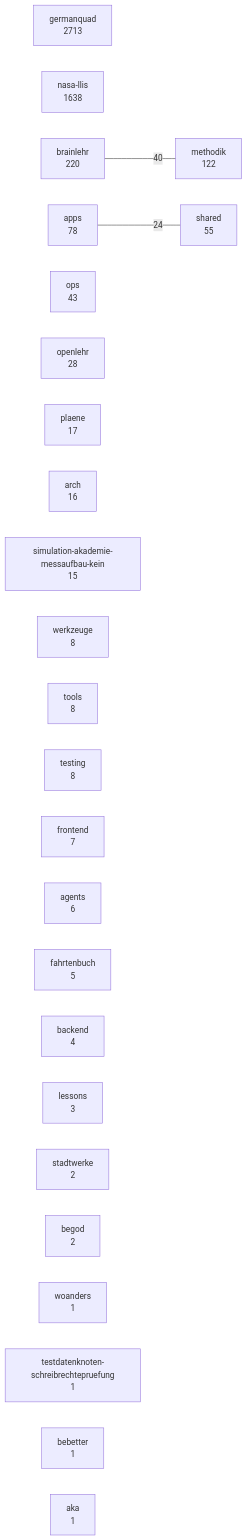
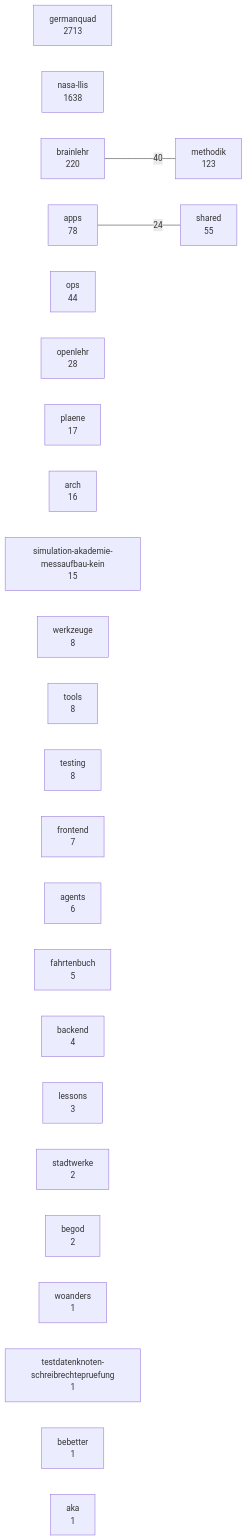
The diagram in docs/karten/bestand.md (3lehr/brainlehr), drawn with Mermaid before and after one commit. The commit also changed 1 other file, not shown here.

Commit message:
chore(karten): Bestandskarte nachgezogen -- der Waechter hat den Push gestoppt
Die heute angelegten Wissensknoten (66 Dokumentverweise, dazu die Befunde zu
Landkarten und Ablauf) aendern die Astgroessen in der Bestandskarte. Der
pre-push-Waechter aus melder/kartenstand.py hat das erkannt und den Push
abgewiesen -- genau die Aufgabe, fuer die er heute frueh gebaut wurde.

Belegt: Push lief in den Waechter, Karte nachgezogen, Push erneut versucht.

````diff
--- a/docs/karten/bestand.md
+++ b/docs/karten/bestand.md
@@ -5,30 +5,30 @@
 ```mermaid
 graph LR
   germanquad["germanquad<br/>2713"]
   nasa_llis["nasa-llis<br/>1638"]
   brainlehr["brainlehr<br/>220"]
-  methodik["methodik<br/>122"]
+  methodik["methodik<br/>123"]
   apps["apps<br/>78"]
   shared["shared<br/>55"]
-  ops["ops<br/>43"]
+  ops["ops<br/>44"]
   openlehr["openlehr<br/>28"]
   plaene["plaene<br/>17"]
   arch["arch<br/>16"]
   simulation_akademie_messaufbau_kein["simulation-akademie-messaufbau-kein<br/>15"]
   werkzeuge["werkzeuge<br/>8"]
   tools["tools<br/>8"]
   testing["testing<br/>8"]
   frontend["frontend<br/>7"]
   agents["agents<br/>6"]
   fahrtenbuch["fahrtenbuch<br/>5"]
   backend["backend<br/>4"]
   lessons["lessons<br/>3"]
   stadtwerke["stadtwerke<br/>2"]
   begod["begod<br/>2"]
   woanders["woanders<br/>1"]
   testdatenknoten_schreibrechtepruefung["testdatenknoten-schreibrechtepruefung<br/>1"]
   bebetter["bebetter<br/>1"]
   aka["aka<br/>1"]
   brainlehr ---|40| methodik
   apps ---|24| shared
 ```
````
